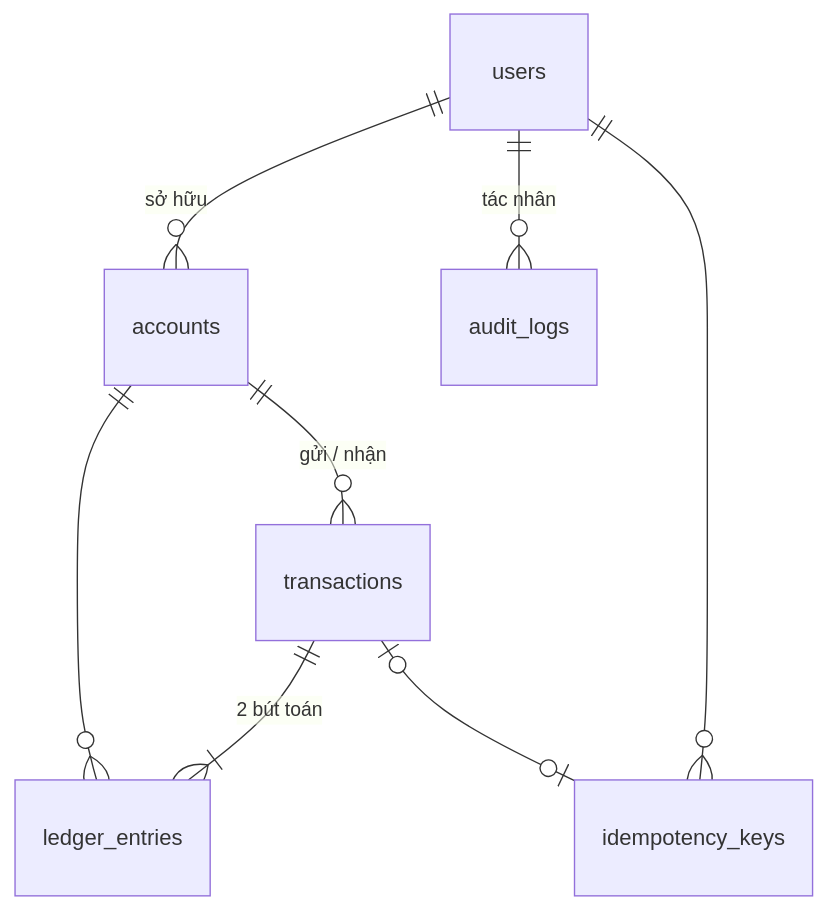
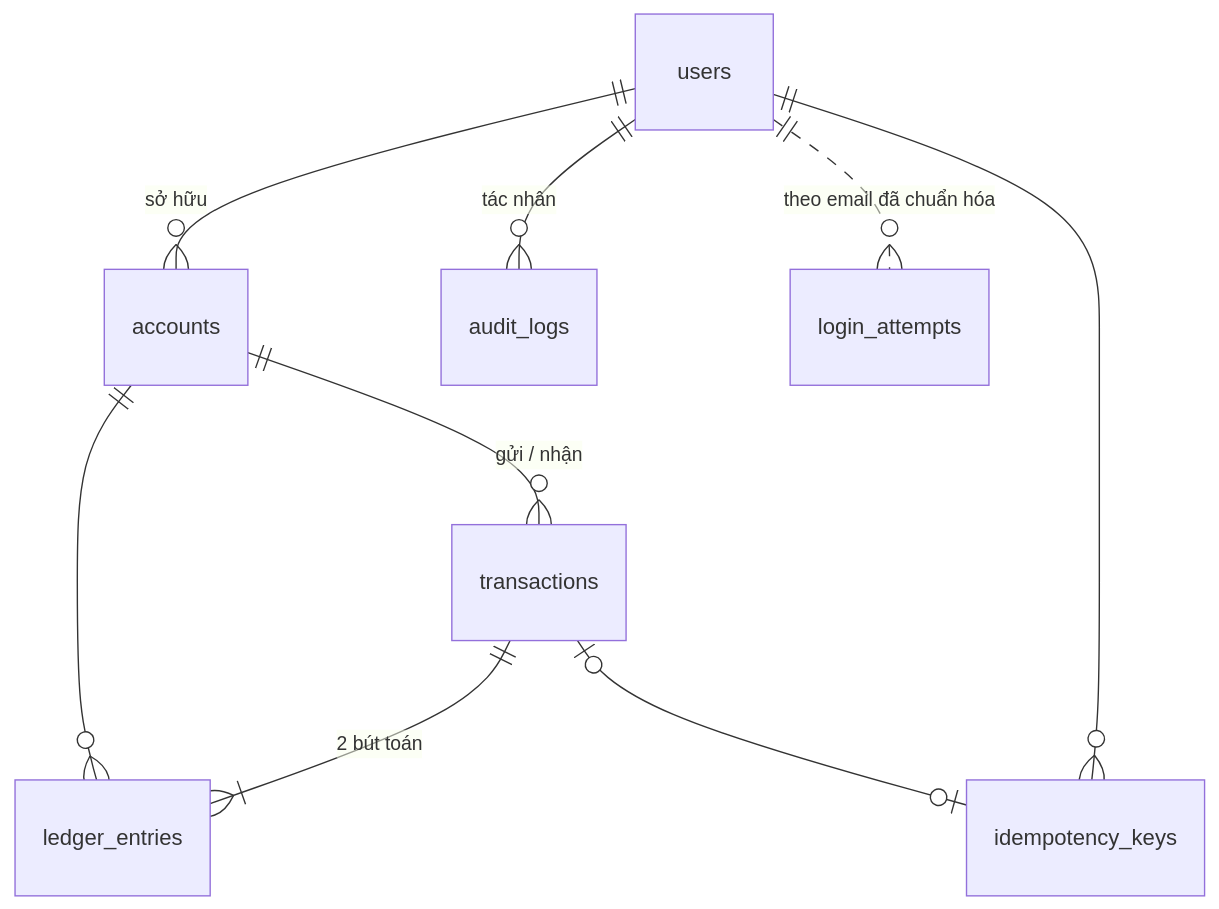
Before and after one commit to LeQuangMien10/CloudApplicationDevelopment: the diagram in docs/database.md, drawn with Mermaid. The commit also changed other lines of this file and 3 other files, not shown here.

First line of the commit message:
docs(api,db): 429 RATE_LIMITED, 423 LOGIN_TEMPORARILY_LOCKED và bảng login_attempts (F9)

````diff
--- a/docs/database.md
+++ b/docs/database.md
@@ -5,10 +5,11 @@
 ```mermaid
 erDiagram
   users ||--o{ accounts : "sở hữu"
   users ||--o{ audit_logs : "tác nhân"
   accounts ||--o{ transactions : "gửi / nhận"
   transactions ||--|{ ledger_entries : "2 bút toán"
   accounts ||--o{ ledger_entries : ""
   users ||--o{ idempotency_keys : ""
   transactions |o--o| idempotency_keys : ""
+  users ||..o{ login_attempts : "theo email đã chuẩn hóa"
 ```
````
